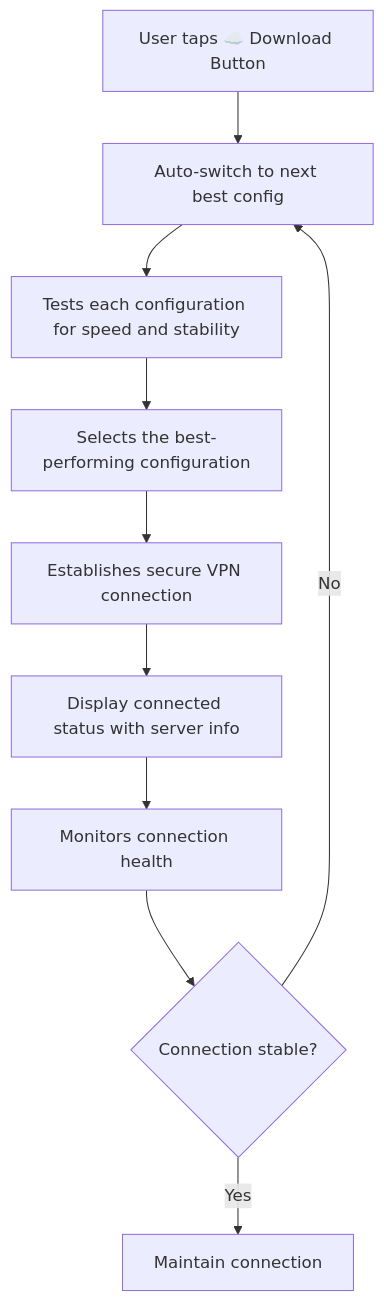
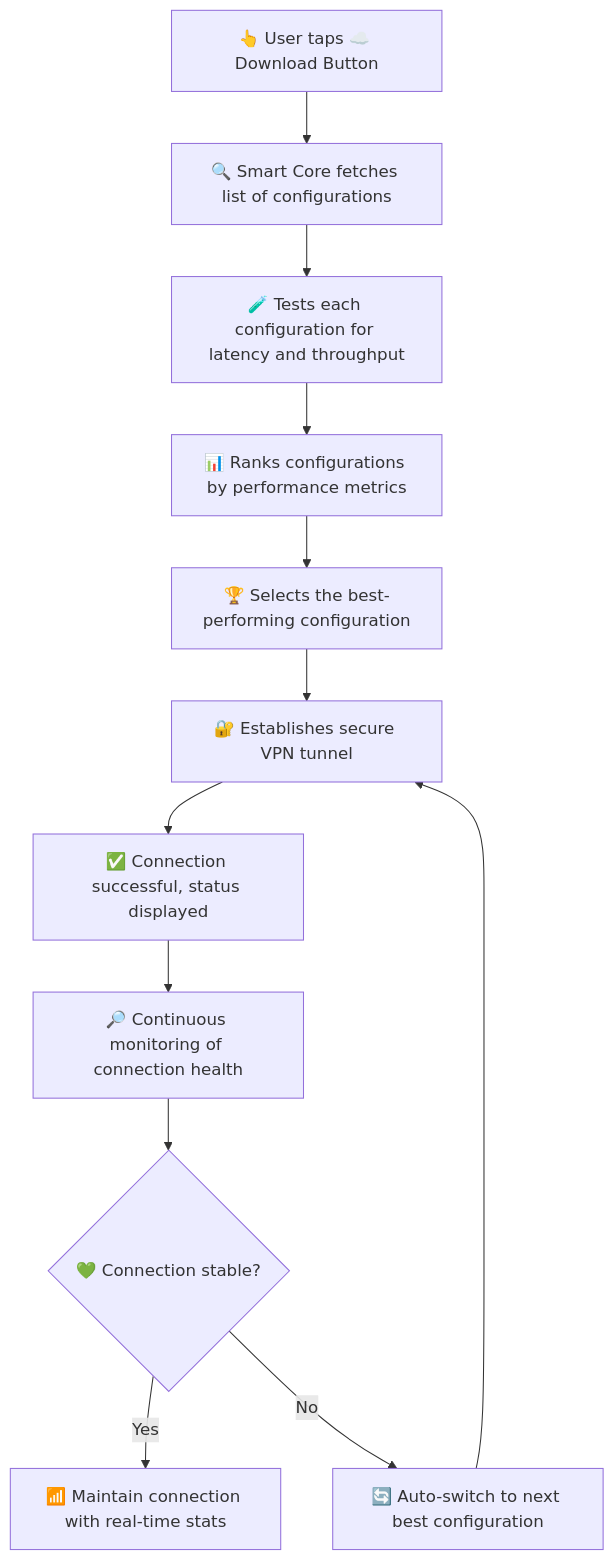
One commit to THE-SAZ/Hamed-VPN changed the first of 2 diagrams in README.md. Above: the diagram before and after it, drawn with Mermaid. The commit also changed other lines of this file, not shown here.

````diff
--- a/README.md
+++ b/README.md
@@ -81,12 +112,14 @@
 ```mermaid
 graph TD
-    A[User taps ☁️ Download Button] --> B[Smart Core fetches configurations]
-    B --> C[Tests each configuration for speed and stability]
-    C --> D[Selects the best-performing configuration]
-    D --> E[Establishes secure VPN connection]
-    E --> F[Display connected status with server info]
-    F --> G[Monitors connection health]
-    G --> H{Connection stable?}
-    H -->|Yes| I[Maintain connection]
-    H -->|No| B[Auto-switch to next best config]
+    A[👆 User taps ☁️ Download Button] --> B[🔍 Smart Core fetches list of configurations]
+    B --> C[🧪 Tests each configuration for latency and throughput]
+    C --> D[📊 Ranks configurations by performance metrics]
+    D --> E[🏆 Selects the best-performing configuration]
+    E --> F[🔐 Establishes secure VPN tunnel]
+    F --> G[✅ Connection successful, status displayed]
+    G --> H[🔎 Continuous monitoring of connection health]
+    H --> I{💚 Connection stable?}
+    I -->|Yes| J[📶 Maintain connection with real-time stats]
+    I -->|No| K[🔄 Auto-switch to next best configuration]
+    K --> F
 ```
````
